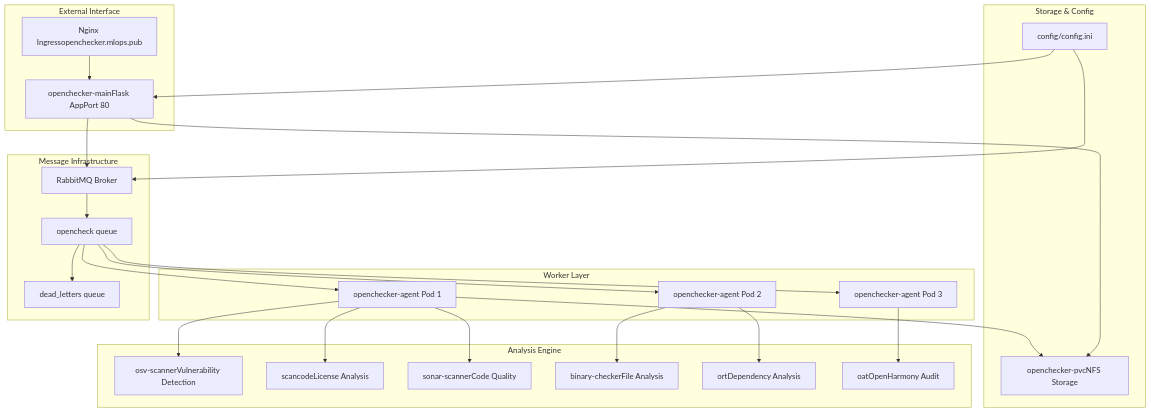
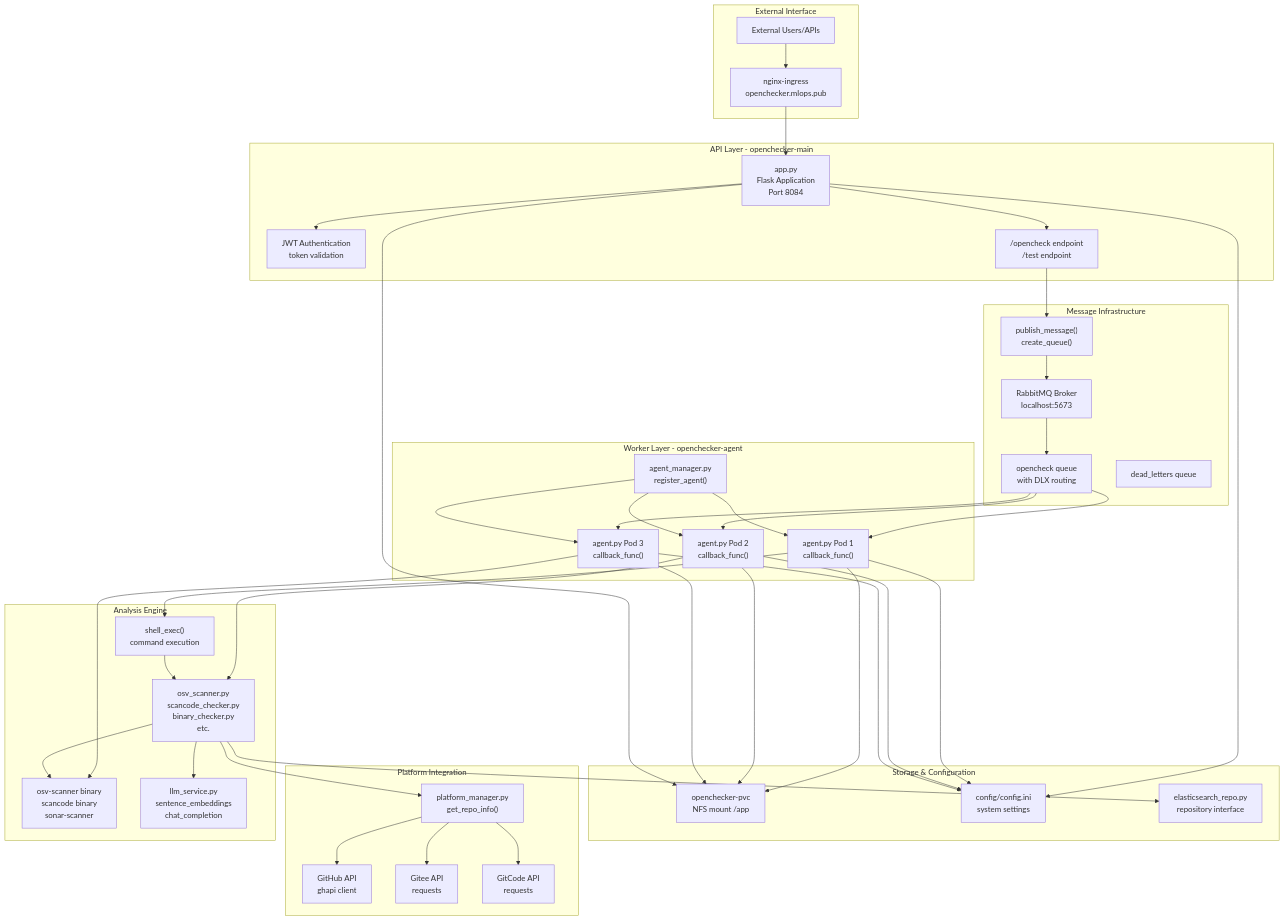
One commit to chenyx2012/openchecker changed the first of 3 diagrams in docs/wiki/Overview.md. Above: the diagram before and after it, drawn with Mermaid. The commit also changed other lines of this file and 45 other files, not shown here.

````diff
--- a/docs/wiki/Overview.md
+++ b/docs/wiki/Overview.md
@@ -24,68 +33,106 @@
 ```mermaid
 flowchart TD
 
-API["openchecker-mainFlask AppPort 80"]
-Ingress["Nginx Ingressopenchecker.mlops.pub"]
-RMQ["RabbitMQ Broker"]
-OpenCheckQueue["opencheck queue"]
+Users["External Users/APIs"]
+Ingress["nginx-ingress<br>openchecker.mlops.pub"]
+FlaskApp["app.py<br>Flask Application<br>Port 8084"]
+AuthModule["JWT Authentication<br>token validation"]
+APIRoutes["/opencheck endpoint<br>/test endpoint"]
+RabbitMQBroker["RabbitMQ Broker<br>localhost:5673"]
+OpenCheckQueue["opencheck queue<br>with DLX routing"]
 DeadLetterQueue["dead_letters queue"]
-Agent1["openchecker-agent Pod 1"]
-Agent2["openchecker-agent Pod 2"]
-Agent3["openchecker-agent Pod 3"]
-OSV["osv-scannerVulnerability Detection"]
-ScanCode["scancodeLicense Analysis"]
-Sonar["sonar-scannerCode Quality"]
-Binary["binary-checkerFile Analysis"]
-ORT["ortDependency Analysis"]
-OAT["oatOpenHarmony Audit"]
-NFS["openchecker-pvcNFS Storage"]
-ConfigFile["config/config.ini"]
+MessagePub["publish_message()<br>create_queue()"]
+Agent1["agent.py Pod 1<br>callback_func()"]
+Agent2["agent.py Pod 2<br>callback_func()"]
+Agent3["agent.py Pod 3<br>callback_func()"]
+AgentManager["agent_manager.py<br>register_agent()"]
+ShellExec["shell_exec()<br>command execution"]
+CheckerModules["osv_scanner.py<br>scancode_checker.py<br>binary_checker.py<br>etc."]
+ExternalTools["osv-scanner binary<br>scancode binary<br>sonar-scanner"]
+LLMServices["llm_service.py<br>sentence_embeddings<br>chat_completion"]
+PlatformMgr["platform_manager.py<br>get_repo_info()"]
+GitHubAPI["GitHub API<br>ghapi client"]
+GiteeAPI["Gitee API<br>requests"]
+GitCodeAPI["GitCode API<br>requests"]
+NFSStorage["openchecker-pvc<br>NFS mount /app"]
+ConfigINI["config/config.ini<br>system settings"]
+ElasticSearch["elasticsearch_repo.py<br>repository interface"]
 
-    API --> RMQ
-    OpenCheckQueue --> Agent1
-    OpenCheckQueue --> Agent2
-    OpenCheckQueue --> Agent3
-    Agent1 --> OSV
-    Agent1 --> ScanCode
-    Agent1 --> Sonar
-    Agent2 --> Binary
-    Agent2 --> ORT
-    Agent3 --> OAT
-    API --> NFS
-    Agent1 --> NFS
-    ConfigFile --> API
-    ConfigFile --> RMQ
-subgraph Storage__Config ["Storage & Config"]
-    NFS
-    ConfigFile
+Ingress --> FlaskApp
+APIRoutes --> MessagePub
+OpenCheckQueue --> Agent1
+OpenCheckQueue --> Agent2
+OpenCheckQueue --> Agent3
+Agent1 --> ShellExec
+Agent2 --> CheckerModules
+Agent3 --> ExternalTools
+CheckerModules --> PlatformMgr
+FlaskApp --> ConfigINI
+Agent1 --> ConfigINI
+Agent2 --> ConfigINI
+Agent3 --> ConfigINI
+Agent1 --> NFSStorage
+Agent2 --> NFSStorage
+Agent3 --> NFSStorage
+FlaskApp --> NFSStorage
+CheckerModules --> ElasticSearch
+
+subgraph Storage_Config ["Storage & Configuration"]
+    NFSStorage
+    ConfigINI
+    ElasticSearch
+end
+
+subgraph Platform_Integration ["Platform Integration"]
+    PlatformMgr
+    GitHubAPI
+    GiteeAPI
+    GitCodeAPI
+    PlatformMgr --> GitHubAPI
+    PlatformMgr --> GiteeAPI
+    PlatformMgr --> GitCodeAPI
 end
 
 subgraph Analysis_Engine ["Analysis Engine"]
-    OSV
-    ScanCode
-    Sonar
-    Binary
-    ORT
-    OAT
+    ShellExec
+    CheckerModules
+    ExternalTools
+    LLMServices
+    ShellExec --> CheckerModules
+    CheckerModules --> ExternalTools
+    CheckerModules --> LLMServices
 end
 
-subgraph Worker_Layer ["Worker Layer"]
+subgraph Worker_Layer ["Worker Layer - openchecker-agent"]
     Agent1
     Agent2
     Agent3
+    AgentManager
+    AgentManager --> Agent1
+    AgentManager --> Agent2
+    AgentManager --> Agent3
 end
 
 subgraph Message_Infrastructure ["Message Infrastructure"]
-    RMQ
+    RabbitMQBroker
     OpenCheckQueue
     DeadLetterQueue
-    RMQ --> OpenCheckQueue
-    OpenCheckQueue --> DeadLetterQueue
+    MessagePub
+    MessagePub --> RabbitMQBroker
+    RabbitMQBroker --> OpenCheckQueue
+end
+
+subgraph API_Layer ["API Layer - openchecker-main"]
+    FlaskApp
+    AuthModule
+    APIRoutes
+    FlaskApp --> AuthModule
+    FlaskApp --> APIRoutes
 end
 
 subgraph External_Interface ["External Interface"]
-    API
+    Users
     Ingress
-    Ingress --> API
+    Users --> Ingress
 end
 ```
````
